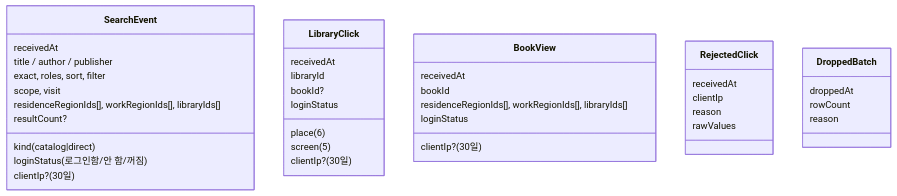
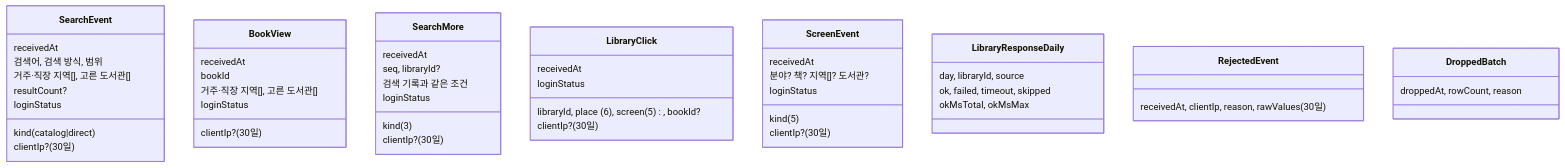
Before and after one commit to hodu-sketch/chaekcheck-plan: the sixth of 7 diagrams in docs/cycles/15-usage-log/design-delta.md, drawn with Mermaid. The commit also changed other lines of this file and 16 other files, not shown here.

````diff
--- a/docs/cycles/15-usage-log/design-delta.md
+++ b/docs/cycles/15-usage-log/design-delta.md
@@ -119,41 +111,51 @@
 ```mermaid
 classDiagram
   class SearchEvent {
     receivedAt
     kind (catalog|direct)
-    title / author / publisher
-    exact, roles, sort, filter
-    scope, visit
-    residenceRegionIds[], workRegionIds[], libraryIds[]
+    검색어, 검색 방식, 범위
+    거주·직장 지역[], 고른 도서관[]
     resultCount?
-    loginStatus (로그인함/안 함/꺼짐)
-    clientIp? (30일)
-  }
-  class LibraryClick {
-    receivedAt
-    libraryId
-    place (6)
-    screen (5)
-    bookId?
     loginStatus
     clientIp? (30일)
   }
   class BookView {
     receivedAt
     bookId
-    residenceRegionIds[], workRegionIds[], libraryIds[]
+    거주·직장 지역[], 고른 도서관[]
     loginStatus
     clientIp? (30일)
   }
-  class RejectedClick {
+  class SearchMore {
     receivedAt
-    clientIp
-    reason
-    rawValues
+    kind (3)
+    seq, libraryId?
+    검색 기록과 같은 조건
+    loginStatus
+    clientIp? (30일)
+  }
+  class LibraryClick {
+    receivedAt
+    libraryId, place (6), screen (5), bookId?
+    loginStatus
+    clientIp? (30일)
+  }
+  class ScreenEvent {
+    receivedAt
+    kind (5)
+    분야? 책? 지역[]? 도서관?
+    loginStatus
+    clientIp? (30일)
+  }
+  class LibraryResponseDaily {
+    day, libraryId, source
+    ok, failed, timeout, skipped
+    okMsTotal, okMsMax
+  }
+  class RejectedEvent {
+    receivedAt, clientIp, reason, rawValues (30일)
   }
   class DroppedBatch {
-    droppedAt
-    rowCount
-    reason
+    droppedAt, rowCount, reason
   }
 ```
````
